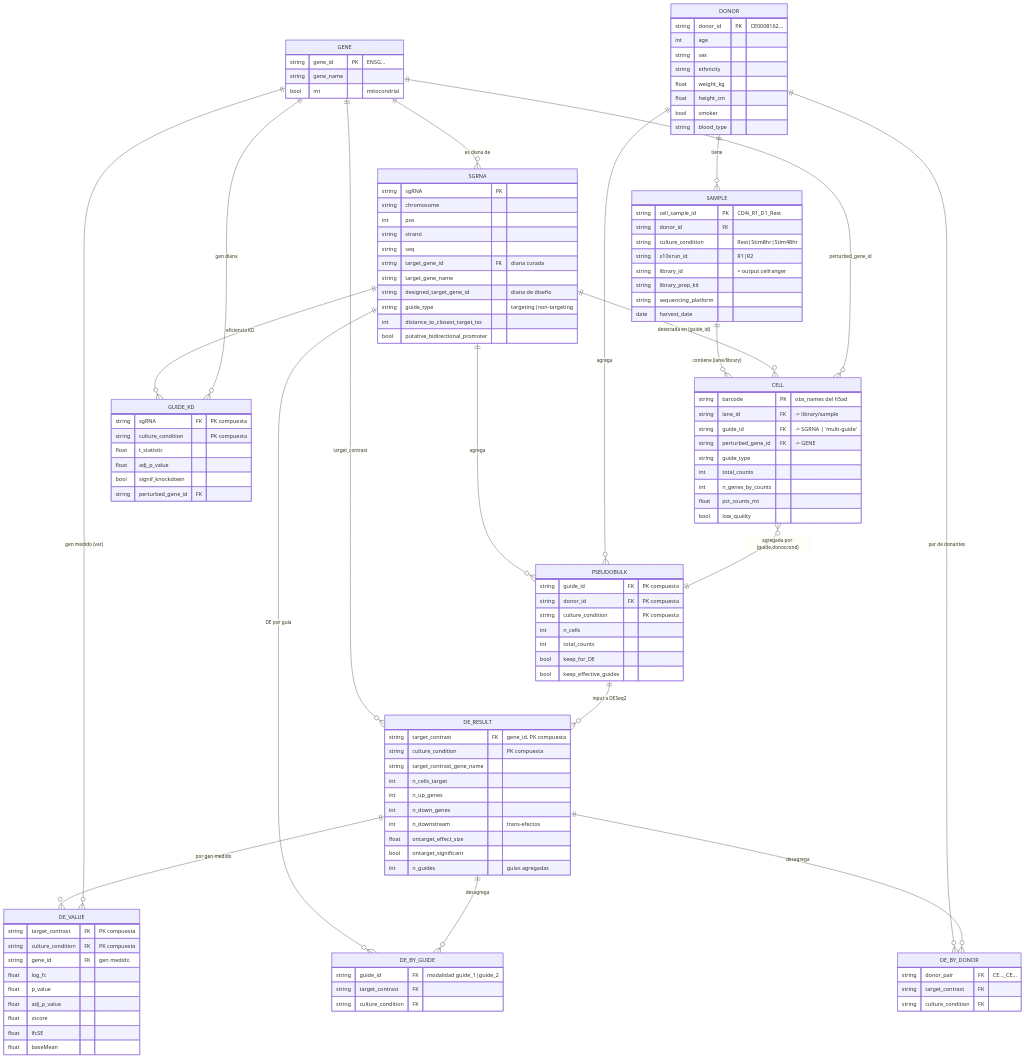
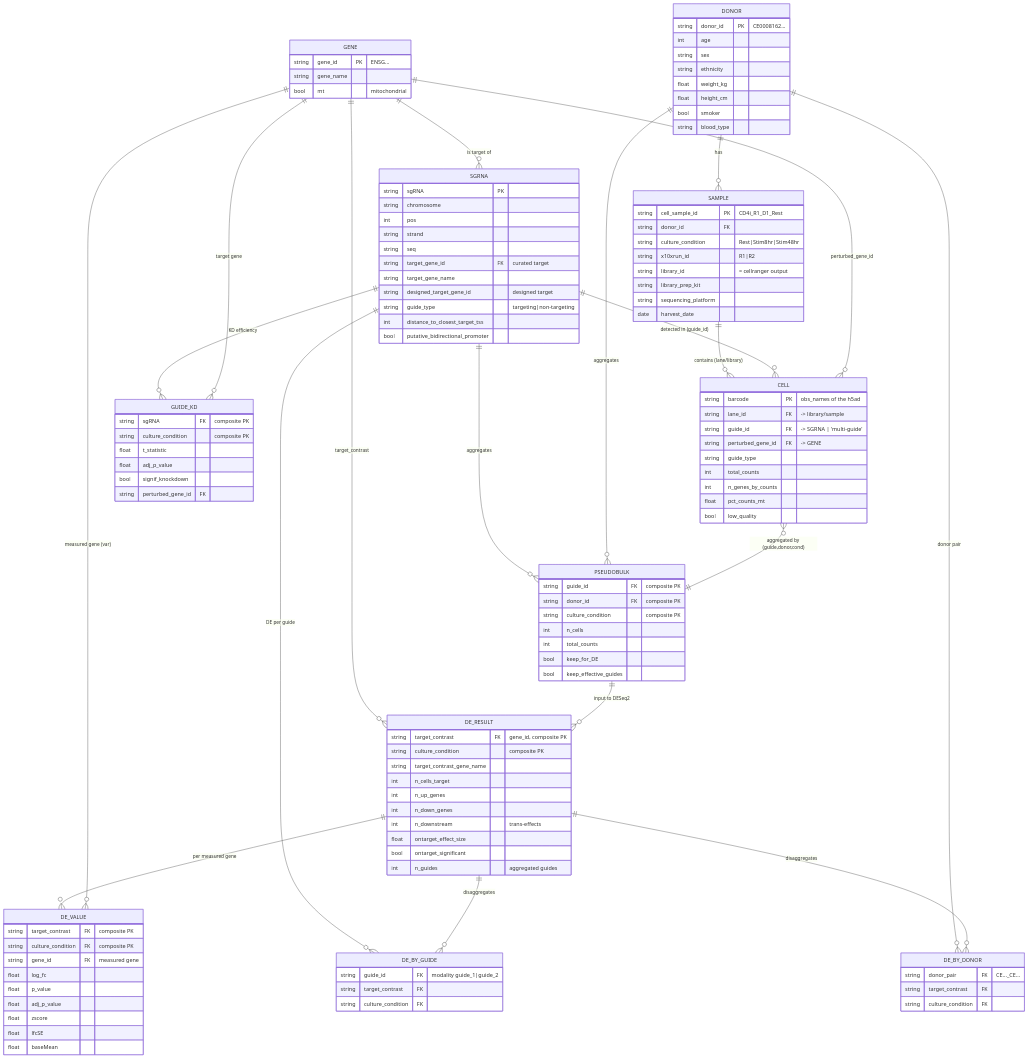
The diagram in docs/DATA_MODEL.md (cuentadesanti/cd4-perturbseq-regulator-atlas), drawn with Mermaid before and after one commit. The commit also changed other lines of this file and 55 other files, not shown here.

````diff
--- a/docs/DATA_MODEL.md
+++ b/docs/DATA_MODEL.md
@@ -9,27 +9,27 @@
 ```mermaid
 erDiagram
-    DONOR ||--o{ SAMPLE : "tiene"
-    SAMPLE ||--o{ CELL : "contiene (lane/library)"
-    GENE ||--o{ SGRNA : "es diana de"
-    SGRNA ||--o{ CELL : "detectada en (guide_id)"
+    DONOR ||--o{ SAMPLE : "has"
+    SAMPLE ||--o{ CELL : "contains (lane/library)"
+    GENE ||--o{ SGRNA : "is target of"
+    SGRNA ||--o{ CELL : "detected in (guide_id)"
     GENE ||--o{ CELL : "perturbed_gene_id"
 
-    SGRNA ||--o{ PSEUDOBULK : "agrega"
-    DONOR ||--o{ PSEUDOBULK : "agrega"
-    CELL }o--|| PSEUDOBULK : "agregada por (guide,donor,cond)"
+    SGRNA ||--o{ PSEUDOBULK : "aggregates"
+    DONOR ||--o{ PSEUDOBULK : "aggregates"
+    CELL }o--|| PSEUDOBULK : "aggregated by (guide,donor,cond)"
 
     GENE ||--o{ DE_RESULT : "target_contrast"
-    PSEUDOBULK ||--o{ DE_RESULT : "input a DESeq2"
-    DE_RESULT ||--o{ DE_VALUE : "por gen medido"
-    GENE ||--o{ DE_VALUE : "gen medido (var)"
+    PSEUDOBULK ||--o{ DE_RESULT : "input to DESeq2"
+    DE_RESULT ||--o{ DE_VALUE : "per measured gene"
+    GENE ||--o{ DE_VALUE : "measured gene (var)"
 
-    SGRNA ||--o{ DE_BY_GUIDE : "DE por guía"
-    DE_RESULT ||--o{ DE_BY_GUIDE : "desagrega"
-    DONOR ||--o{ DE_BY_DONOR : "par de donantes"
-    DE_RESULT ||--o{ DE_BY_DONOR : "desagrega"
+    SGRNA ||--o{ DE_BY_GUIDE : "DE per guide"
+    DE_RESULT ||--o{ DE_BY_GUIDE : "disaggregates"
+    DONOR ||--o{ DE_BY_DONOR : "donor pair"
+    DE_RESULT ||--o{ DE_BY_DONOR : "disaggregates"
 
-    SGRNA ||--o{ GUIDE_KD : "eficiencia KD"
-    GENE ||--o{ GUIDE_KD : "gen diana"
+    SGRNA ||--o{ GUIDE_KD : "KD efficiency"
+    GENE ||--o{ GUIDE_KD : "target gene"
 
     DONOR {
         string donor_id PK "CE0008162..."
@@ -47,7 +47,7 @@
         string donor_id FK
         string culture_condition "Rest|Stim8hr|Stim48hr"
         string x10xrun_id "R1|R2"
-        string library_id "= output cellranger"
+        string library_id "= cellranger output"
         string library_prep_kit
         string sequencing_platform
         date   harvest_date
@@ -56,7 +56,7 @@
     GENE {
         string gene_id PK "ENSG..."
         string gene_name
-        bool   mt "mitocondrial"
+        bool   mt "mitochondrial"
     }
 
     SGRNA {
@@ -65,16 +65,16 @@
         int    pos
         string strand
         string seq
-        string target_gene_id FK "diana curada"
+        string target_gene_id FK "curated target"
         string target_gene_name
-        string designed_target_gene_id "diana de diseño"
+        string designed_target_gene_id "designed target"
         string guide_type "targeting|non-targeting"
         int    distance_to_closest_target_tss
         bool   putative_bidirectional_promoter
     }
 
     CELL {
-        string barcode PK "obs_names del h5ad"
+        string barcode PK "obs_names of the h5ad"
         string lane_id FK "-> library/sample"
         string guide_id FK "-> SGRNA | 'multi-guide'"
         string perturbed_gene_id FK "-> GENE"
@@ -86,9 +86,9 @@
     }
 
     PSEUDOBULK {
-        string guide_id FK "PK compuesta"
-        string donor_id FK "PK compuesta"
-        string culture_condition "PK compuesta"
+        string guide_id FK "composite PK"
+        string donor_id FK "composite PK"
+        string culture_condition "composite PK"
         int    n_cells
         int    total_counts
         bool   keep_for_DE
@@ -96,22 +96,22 @@
     }
 
     DE_RESULT {
-        string target_contrast FK "gene_id, PK compuesta"
-        string culture_condition "PK compuesta"
+        string target_contrast FK "gene_id, composite PK"
+        string culture_condition "composite PK"
         string target_contrast_gene_name
         int    n_cells_target
         int    n_up_genes
         int    n_down_genes
-        int    n_downstream "trans-efectos"
+        int    n_downstream "trans-effects"
         float  ontarget_effect_size
         bool   ontarget_significant
-        int    n_guides "guías agregadas"
+        int    n_guides "aggregated guides"
     }
 
     DE_VALUE {
-        string target_contrast FK "PK compuesta"
-        string culture_condition FK "PK compuesta"
-        string gene_id FK "gen medido"
+        string target_contrast FK "composite PK"
+        string culture_condition FK "composite PK"
+        string gene_id FK "measured gene"
         float  log_fc
         float  p_value
         float  adj_p_value
@@ -121,7 +121,7 @@
     }
 
     DE_BY_GUIDE {
-        string guide_id FK "modalidad guide_1|guide_2"
+        string guide_id FK "modality guide_1|guide_2"
         string target_contrast FK
         string culture_condition FK
     }
@@ -133,8 +133,8 @@
     }
 
     GUIDE_KD {
-        string sgRNA FK "PK compuesta"
-        string culture_condition "PK compuesta"
+        string sgRNA FK "composite PK"
+        string culture_condition "composite PK"
         float  t_statistic
         float  adj_p_value
         bool   signif_knockdown
````
